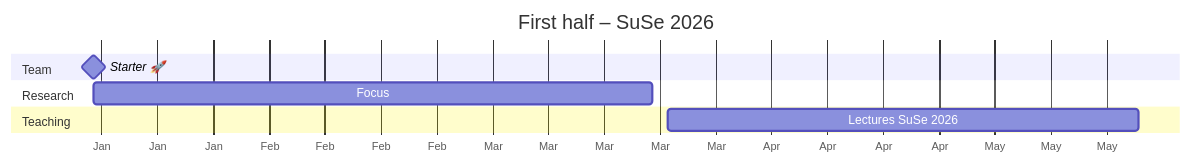
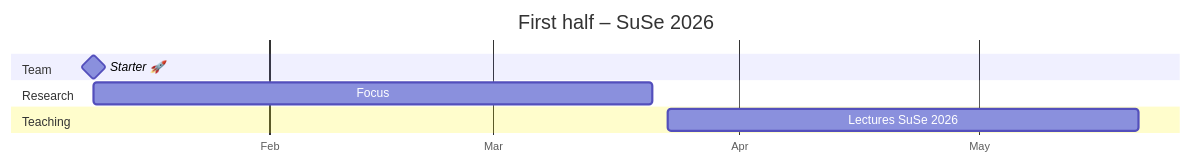
One commit to fs-ise/handbook changed the first of 2 diagrams in management/statement.qmd. Above: the diagram before and after it, drawn with Mermaid. The commit also changed other lines of this file, not shown here.

Commit message:
update GANTTs

````diff
--- a/management/statement.qmd
+++ b/management/statement.qmd
@@ -65,19 +65,20 @@
 ```{mermaid}
 ---
 displayMode: compact
 ---
 gantt
     title First half – SuSe 2026
     dateFormat  YYYY-MM-DD
     todayMarker stroke-width:5px,stroke:red,opacity:0.8
     axisFormat %b
+    tickInterval 1month
 
     section Team
     Starter 🚀 :milestone, 2026-01-10, milestone
 
     section Research
     Focus           :a2, 2026-01-10, 70d
 
     section Teaching
     Lectures SuSe 2026            :s1, 2026-03-23, 2026-05-21
 ```
````
